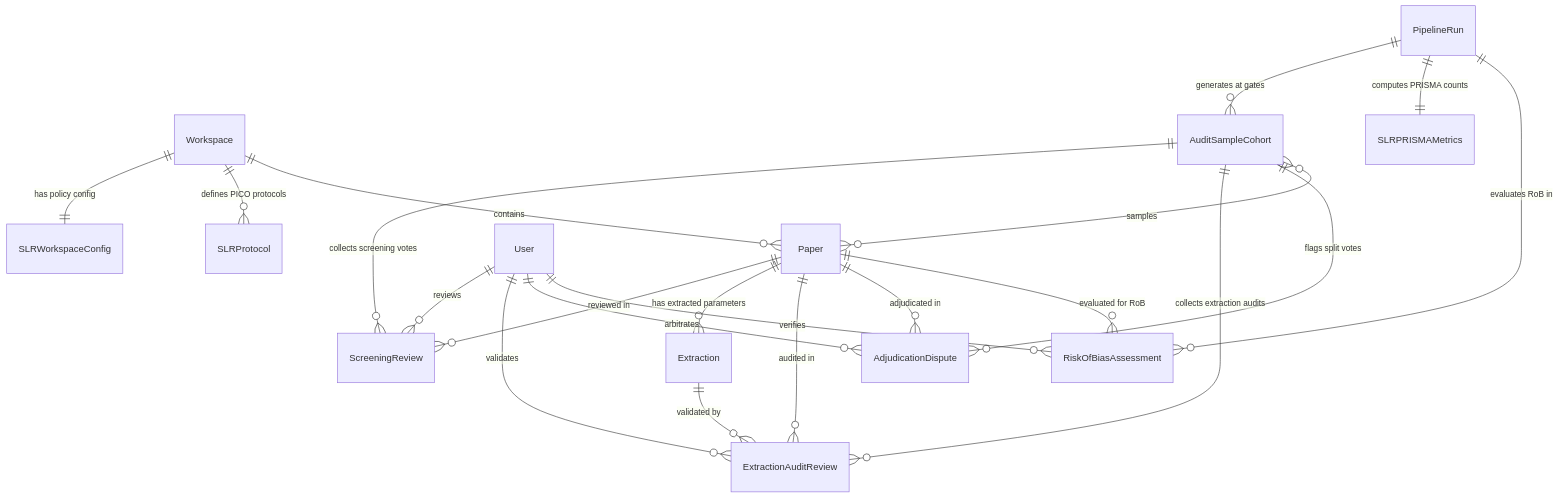
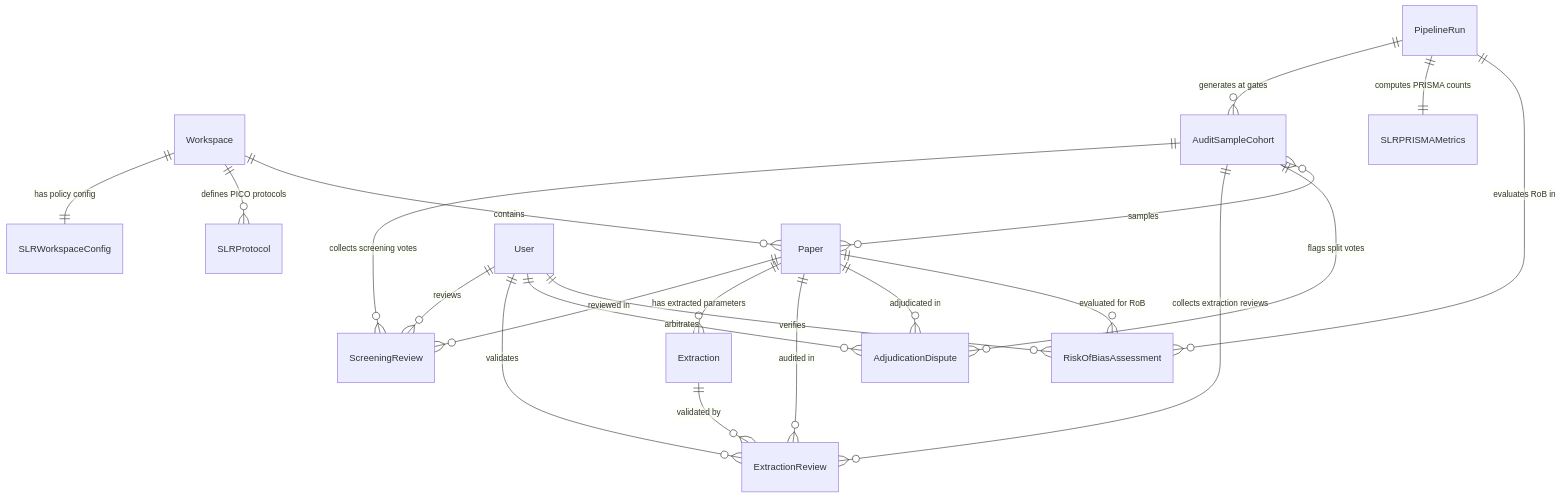
One commit to p4ku/research-intelligence changed the diagram in README_SLR_MODELS.md. Above: the diagram before and after it, drawn with Mermaid. The commit also changed other lines of this file and 1 other file, not shown here.

Commit message:
refactor: harmonize review models to ScreeningReview and ExtractionReview

````diff
--- a/README_SLR_MODELS.md
+++ b/README_SLR_MODELS.md
@@ -23,28 +23,28 @@
 ```mermaid
 erDiagram
     Workspace ||--|| SLRWorkspaceConfig : "has policy config"
     Workspace ||--o{ SLRProtocol : "defines PICO protocols"
     Workspace ||--o{ Paper : "contains"
     
     PipelineRun ||--o{ AuditSampleCohort : "generates at gates"
     PipelineRun ||--|| SLRPRISMAMetrics : "computes PRISMA counts"
     PipelineRun ||--o{ RiskOfBiasAssessment : "evaluates RoB in"
     
     AuditSampleCohort ||--o{ ScreeningReview : "collects screening votes"
-    AuditSampleCohort ||--o{ ExtractionAuditReview : "collects extraction audits"
+    AuditSampleCohort ||--o{ ExtractionReview : "collects extraction reviews"
     AuditSampleCohort ||--o{ AdjudicationDispute : "flags split votes"
     AuditSampleCohort }o--o{ Paper : "samples"
     
     Paper ||--o{ ScreeningReview : "reviewed in"
     Paper ||--o{ Extraction : "has extracted parameters"
-    Paper ||--o{ ExtractionAuditReview : "audited in"
+    Paper ||--o{ ExtractionReview : "audited in"
     Paper ||--o{ AdjudicationDispute : "adjudicated in"
     Paper ||--o{ RiskOfBiasAssessment : "evaluated for RoB"
     
-    Extraction ||--o{ ExtractionAuditReview : "validated by"
+    Extraction ||--o{ ExtractionReview : "validated by"
     
     User ||--o{ ScreeningReview : "reviews"
-    User ||--o{ ExtractionAuditReview : "validates"
+    User ||--o{ ExtractionReview : "validates"
     User ||--o{ AdjudicationDispute : "arbitrates"
     User ||--o{ RiskOfBiasAssessment : "verifies"
 ```
````
